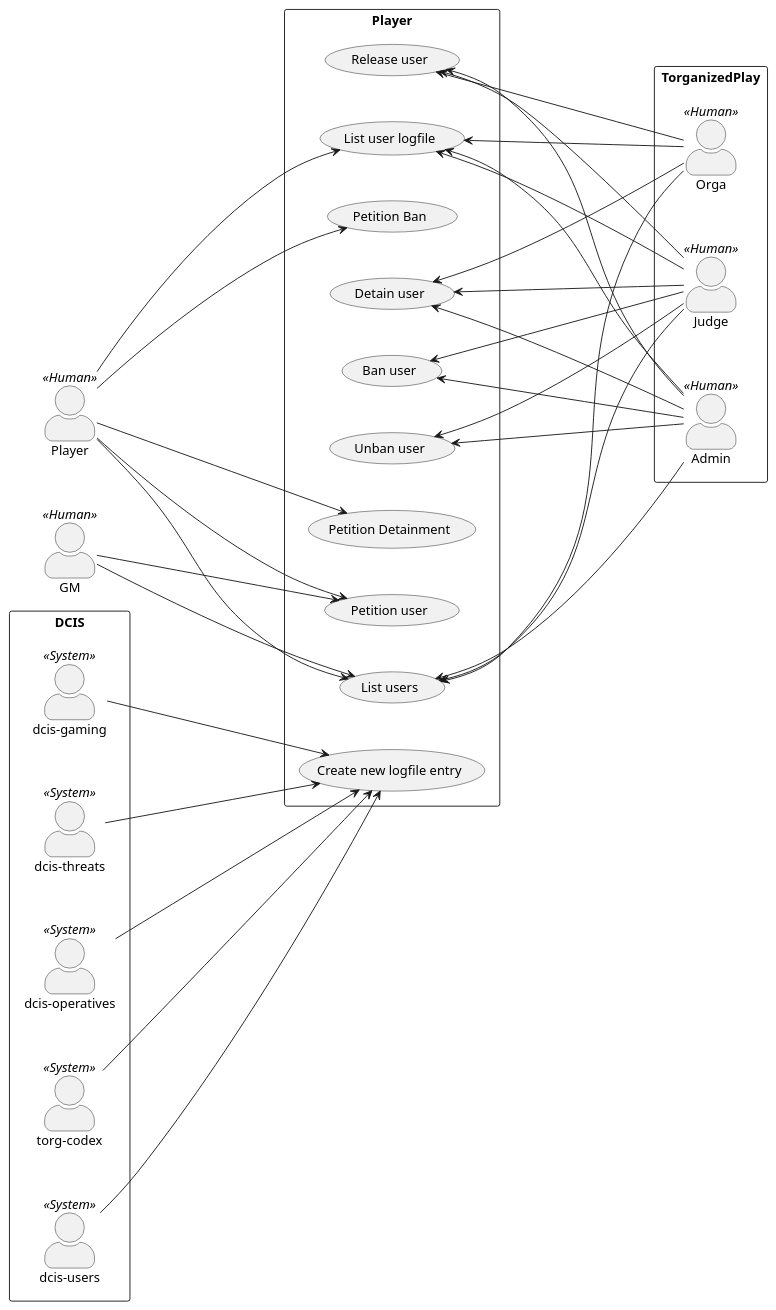
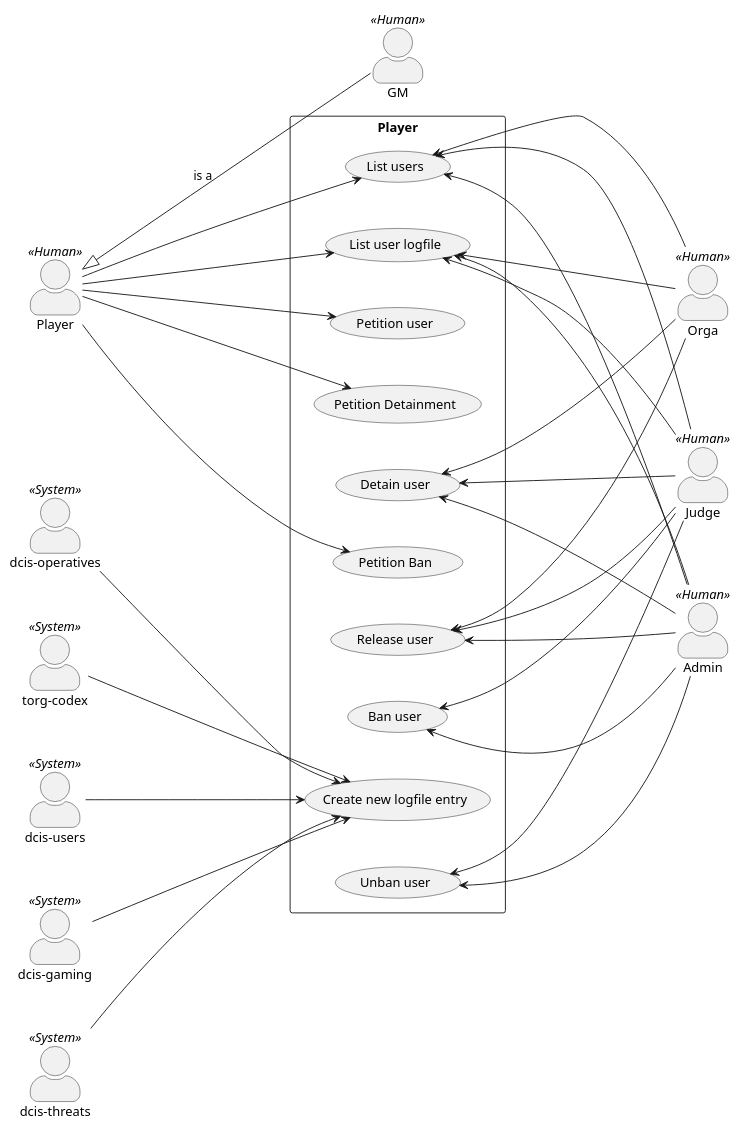
One commit to Paladins-Inn/torganized-play-architecture changed the diagram in src/main/docs/architecture/modules/arc42/pages/03_system_scope_and_context/users.adoc. Above: the diagram before and after it, drawn with PlantUML. The commit also changed 8 other files, not shown here.

Commit message:
Made the UML use case diagrams more readable and fleshed out the torg-codes one.

```diff
--- a/src/main/docs/architecture/modules/arc42/pages/03_system_scope_and_context/users.adoc
+++ b/src/main/docs/architecture/modules/arc42/pages/03_system_scope_and_context/users.adoc
@@ -5,73 +5,68 @@
 [plantuml,business-context-user,svg]
 ....
 @startuml
 left to right direction
 skinparam actorStyle awesome
 skinparam nodesep 50
 skinparam ranksep 200
 
 Player << Human >> as user
 GM << Human >> as gm
+Judge << Human >> as judge
+Orga << Human >> as orga
+Admin << Human >> as admin
 
-rectangle DCIS {
-    :dcis-users: as dcisUsers << System >>
-    :dcis-gaming: as dcisGaming << System >>
-    :dcis-threats: as dcisThreats << System >>
-    :dcis-operatives: as dcisOperatives << System >>
-    :torg-codex: as torgCodex << System >>
-}
+user <|-- gm : is a
+
+:dcis-users: as dcisUsers << System >>
+:dcis-gaming: as dcisGaming << System >>
+:dcis-threats: as dcisThreats << System >>
+:dcis-operatives: as dcisOperatives << System >>
+:torg-codex: as torgCodex << System >>
 
 rectangle Player {
     usecase "List users" as ulist
     usecase "List user logfile" as ulogfile
 
     usecase "Create new logfile entry" as ulog
 
     usecase "Petition user" as upetition
     usecase "Detain user" as udetain
     usecase "Petition Detainment" as udetainpetition
     usecase "Release user" as urelease
 
     usecase "Ban user" as uban
     usecase "Petition Ban" as ubanpetition
     usecase "Unban user" as uunban
 }
 
-rectangle TorganizedPlay {
-    Judge << Human >> as judge
-    Orga << Human >> as orga
-    Admin << Human >> as admin
-}
-
 user --> ulist
 user --> ulogfile
 user --> upetition
 user --> udetainpetition
 user --> ubanpetition
-gm --> ulist
-gm --> upetition
 ulist <-- judge
 ulogfile <-- judge
 uban <-- judge
 uunban <-- judge
 udetain <-- judge
 urelease <-- judge
 ulist <-- orga
 ulogfile <-- orga
 udetain <-- orga
 urelease <-- orga
 ulist <-- admin
 ulogfile <-- admin
 uban <-- admin
 uunban <-- admin
 udetain <-- admin
 urelease <-- admin
 
 dcisUsers --> ulog
 dcisGaming --> ulog
 dcisThreats --> ulog
 dcisOperatives --> ulog
 torgCodex --> ulog
 
 @enduml
 ....
```
